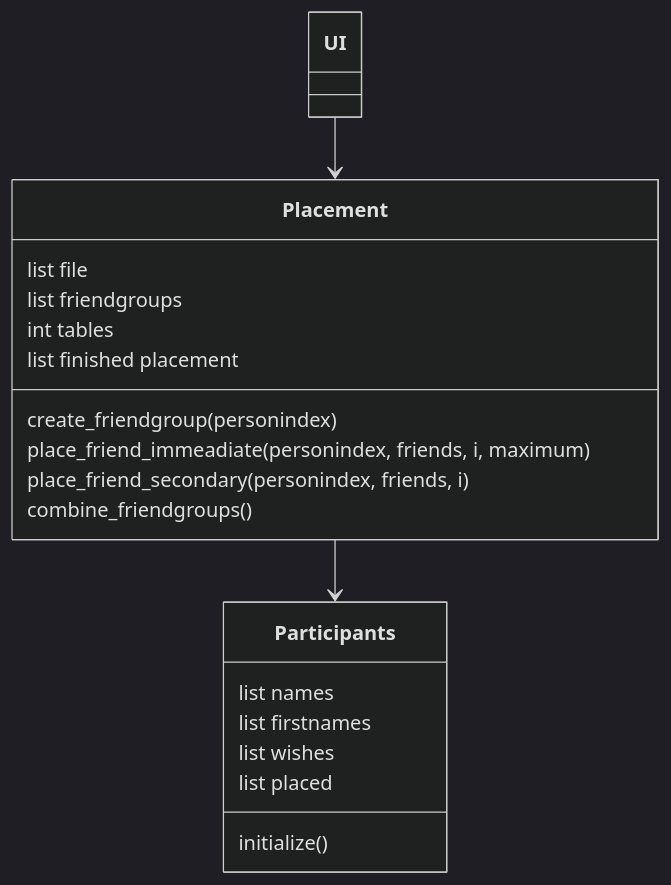
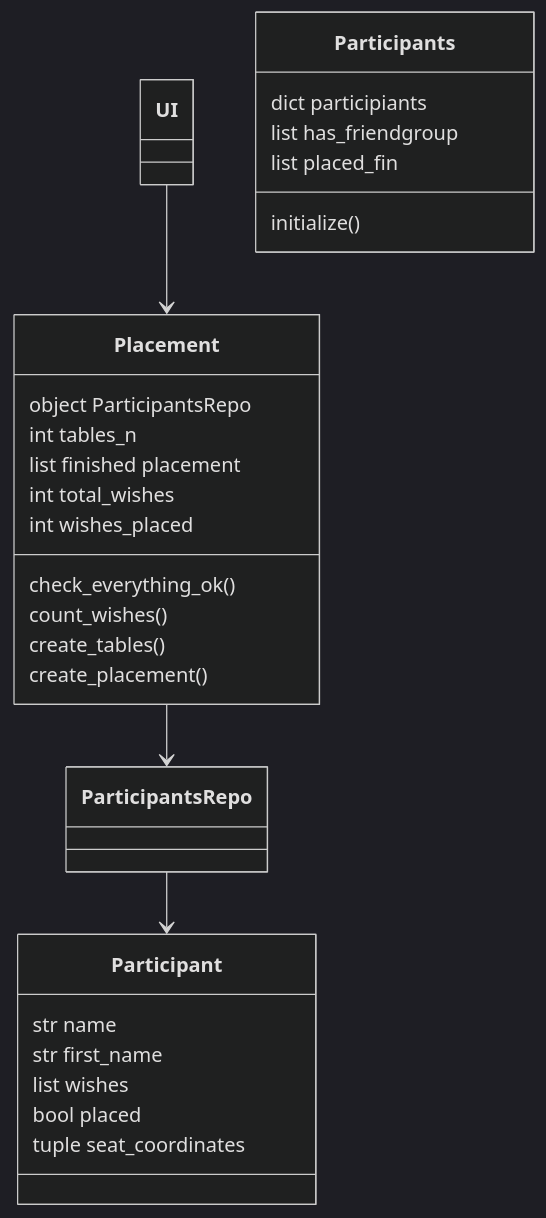
The first of 4 diagrams in documentation/architecture.md (HeljaeRaeisaenen/ohte-harjoitusty-), drawn with Mermaid (dark theme) before and after one commit. The commit also changed other lines of this file, not shown here.

````diff
--- a/documentation/architecture.md
+++ b/documentation/architecture.md
@@ -4,24 +4,32 @@
 ```mermaid
 classDiagram
-  Placement-->Participants
+  ParticipantsRepo-->Participant
+  Placement-->ParticipantsRepo
   UI-->Placement
 
-  class Participants
-    Participants: list names
-    Participants: list firstnames
-    Participants: list wishes
-    Participants: list placed
+  class Participant
+    Participant: str name
+    Participant: str first_name
+    Participant: list wishes
+    Participant: bool placed
+    Participant: tuple seat_coordinates
+    
+  class ParticipantsRepo
+    Participants: dict participiants
+    Participants: list has_friendgroup
+    Participants: list placed_fin
     Participants: initialize()
   
   class Placement
-    Placement: list file
-    Placement: list friendgroups
-    Placement: int tables
+    Placement: object ParticipantsRepo
+    Placement: int tables_n
     Placement: list finished placement
-    Placement: create_friendgroup(personindex)
-    Placement: place_friend_immeadiate(personindex, friends, i, maximum)
-    Placement: place_friend_secondary(personindex, friends, i)
-    Placement: combine_friendgroups()
+    Placement: int total_wishes
+    Placement: int wishes_placed
+    Placement: check_everything_ok()
+    Placement: count_wishes()
+    Placement: create_tables()
+    Placement: create_placement()
     
   class UI
   ```
````
